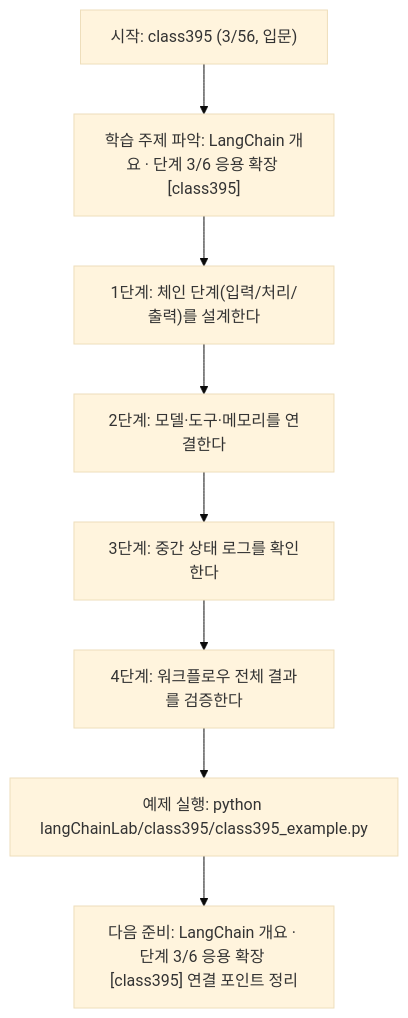
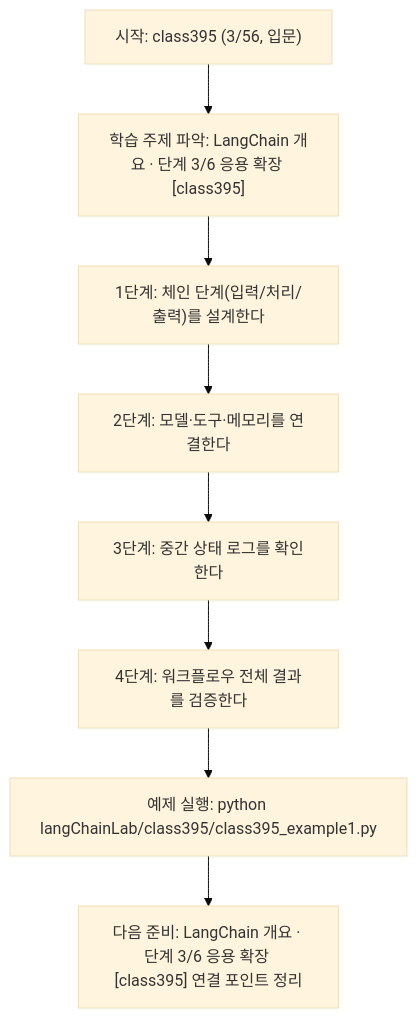
The diagram in langChainLab/class395/class395.md (edumgt/Python-AI_Agent-Class), drawn with Mermaid (base theme) before and after one commit. The commit also changed other lines of this file and 2959 other files, not shown here.

````diff
--- a/langChainLab/class395/class395.md
+++ b/langChainLab/class395/class395.md
@@ -109,18 +109,18 @@
 ```mermaid
 flowchart TD
 N1["시작: class395 (3/56, 입문)"]
 N2["학습 주제 파악: LangChain 개요 · 단계 3/6 응용 확장 [class395]"]
 N3["1단계: 체인 단계(입력/처리/출력)를 설계한다"]
 N4["2단계: 모델·도구·메모리를 연결한다"]
 N5["3단계: 중간 상태 로그를 확인한다"]
 N6["4단계: 워크플로우 전체 결과를 검증한다"]
-N7["예제 실행: python langChainLab/class395/class395_example.py"]
+N7["예제 실행: python langChainLab/class395/class395_example1.py"]
 N8["다음 준비: LangChain 개요 · 단계 3/6 응용 확장 [class395] 연결 포인트 정리"]
 N1 --> N2
 N2 --> N3
 N3 --> N4
 N4 --> N5
 N5 --> N6
 N6 --> N7
 N7 --> N8
 ```
````
